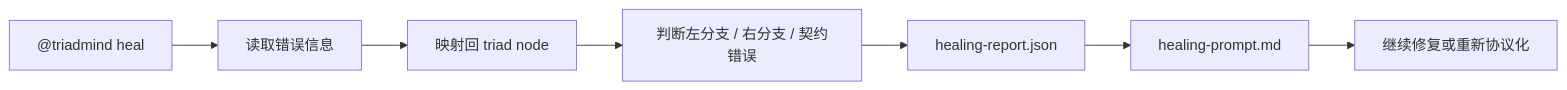
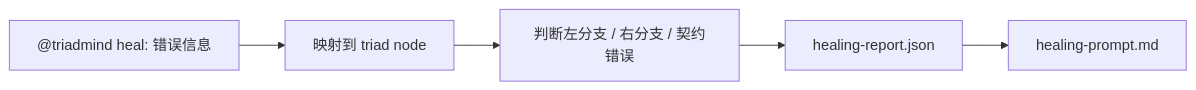
The third of 3 diagrams in user guide.md (Jianfengwu2024/TriadMind), drawn with Mermaid before and after one commit. The commit also changed other lines of this file and 11 other files, not shown here.

````diff
--- a/user guide.md
+++ b/user guide.md
@@ -648,9 +92,7 @@
 ```mermaid
 flowchart LR
-    A["@triadmind heal"] --> B["读取错误信息"]
-    B --> C["映射回 triad node"]
-    C --> D["判断左分支 / 右分支 / 契约错误"]
-    D --> E["healing-report.json"]
-    E --> F["healing-prompt.md"]
-    F --> G["继续修复或重新协议化"]
+    A["@triadmind heal: 错误信息"] --> B["映射到 triad node"]
+    B --> C["判断左分支 / 右分支 / 契约错误"]
+    C --> D["healing-report.json"]
+    D --> E["healing-prompt.md"]
 ```
````
